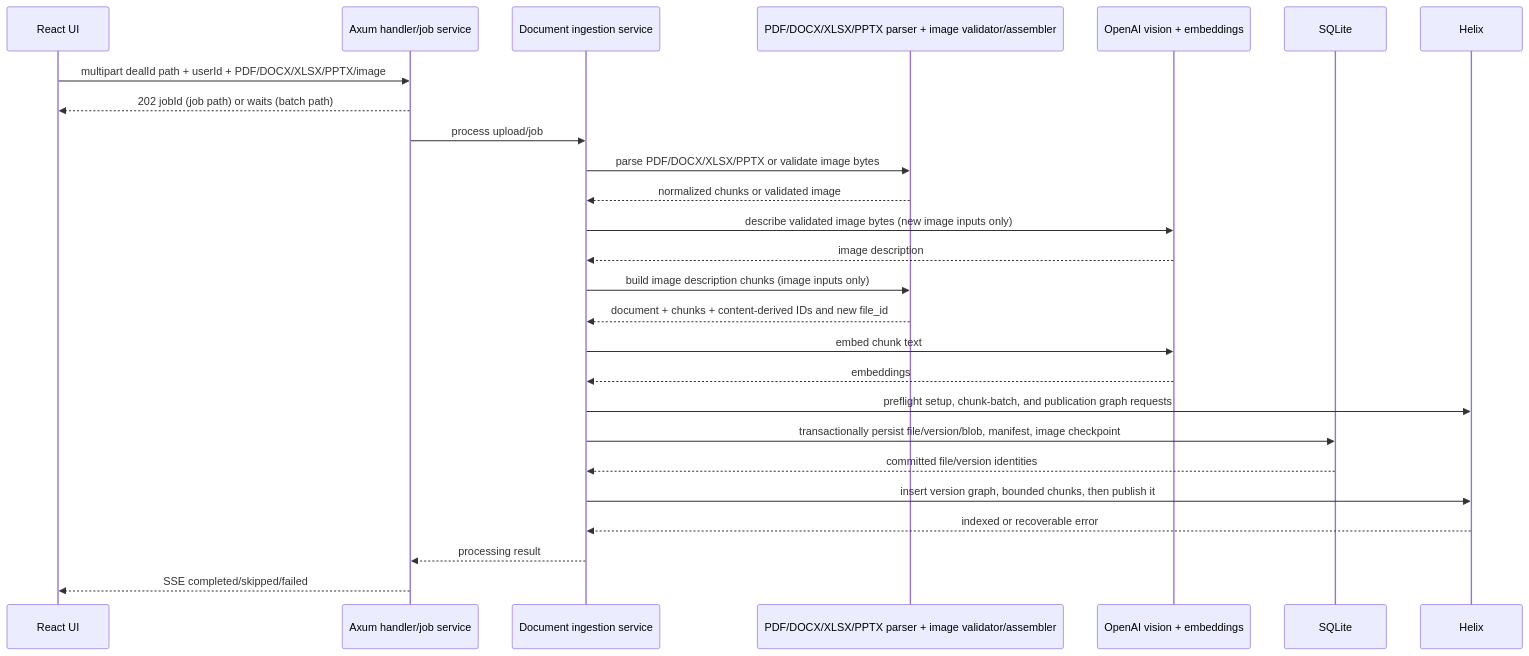
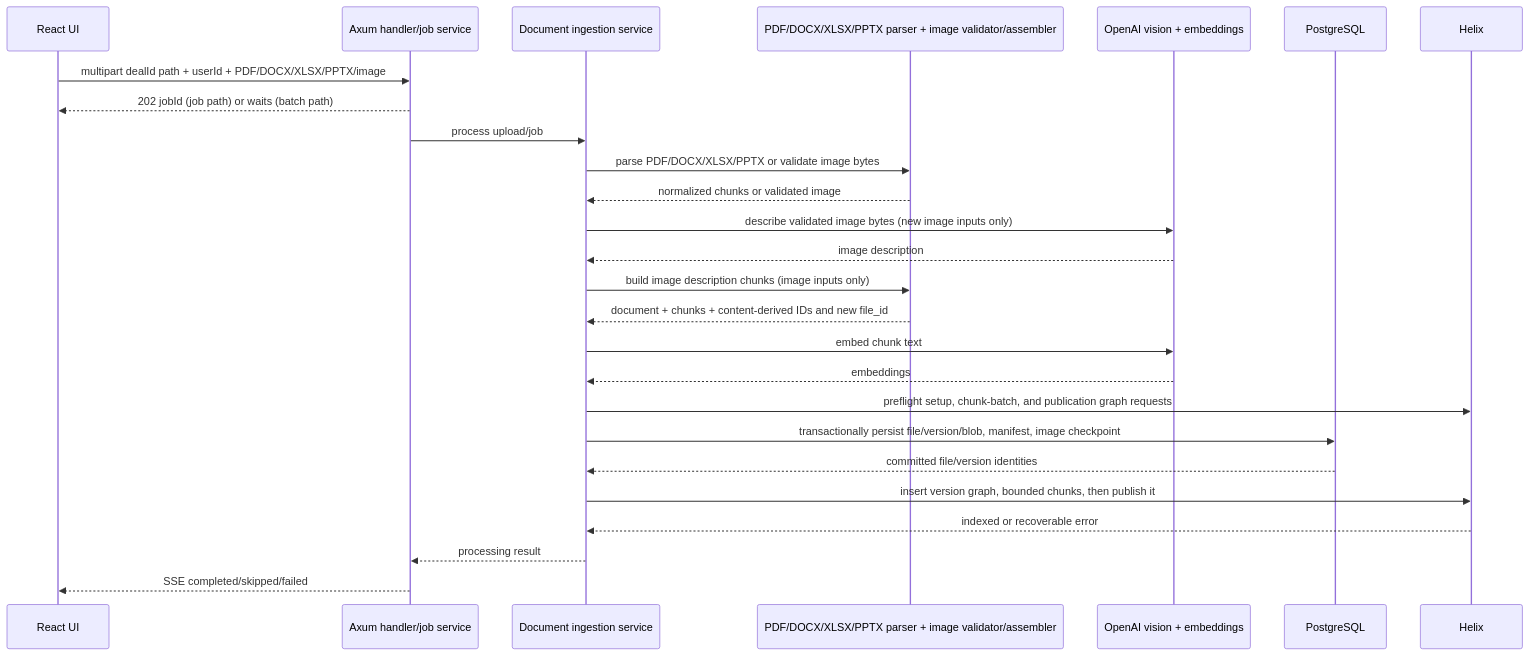
One commit to ratik-gambhir-WM/Quarry changed the third of 3 diagrams in docs/ARCHITECTURE.md. Above: the diagram before and after it, drawn with Mermaid. The commit also changed other lines of this file and 129 other files, not shown here.

````diff
--- a/docs/ARCHITECTURE.md
+++ b/docs/ARCHITECTURE.md
@@ -1998,29 +1970,29 @@
 ```mermaid
 sequenceDiagram
     participant UI as React UI
     participant API as Axum handler/job service
     participant Ingestion as Document ingestion service
     participant Parser as PDF/DOCX/XLSX/PPTX parser + image validator/assembler
     participant AI as OpenAI vision + embeddings
-    participant SQL as SQLite
+    participant SQL as PostgreSQL
     participant H as Helix
 
     UI->>API: multipart dealId path + userId + PDF/DOCX/XLSX/PPTX/image
     API-->>UI: 202 jobId (job path) or waits (batch path)
     API->>Ingestion: process upload/job
     Ingestion->>Parser: parse PDF/DOCX/XLSX/PPTX or validate image bytes
     Parser-->>Ingestion: normalized chunks or validated image
     Ingestion->>AI: describe validated image bytes (new image inputs only)
     AI-->>Ingestion: image description
     Ingestion->>Parser: build image description chunks (image inputs only)
     Parser-->>Ingestion: document + chunks + content-derived IDs and new file_id
     Ingestion->>AI: embed chunk text
     AI-->>Ingestion: embeddings
     Ingestion->>H: preflight setup, chunk-batch, and publication graph requests
     Ingestion->>SQL: transactionally persist file/version/blob, manifest, image checkpoint
     SQL-->>Ingestion: committed file/version identities
     Ingestion->>H: insert version graph, bounded chunks, then publish it
     H-->>Ingestion: indexed or recoverable error
     Ingestion-->>API: processing result
     API-->>UI: SSE completed/skipped/failed
 ```
````
